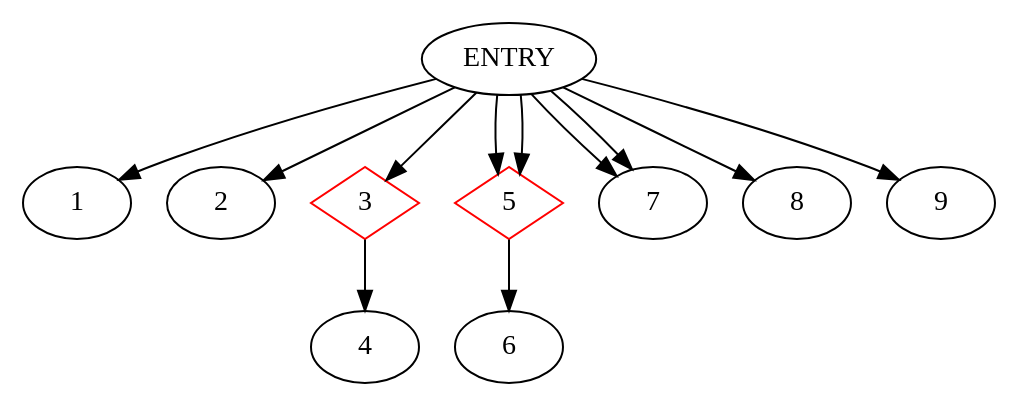
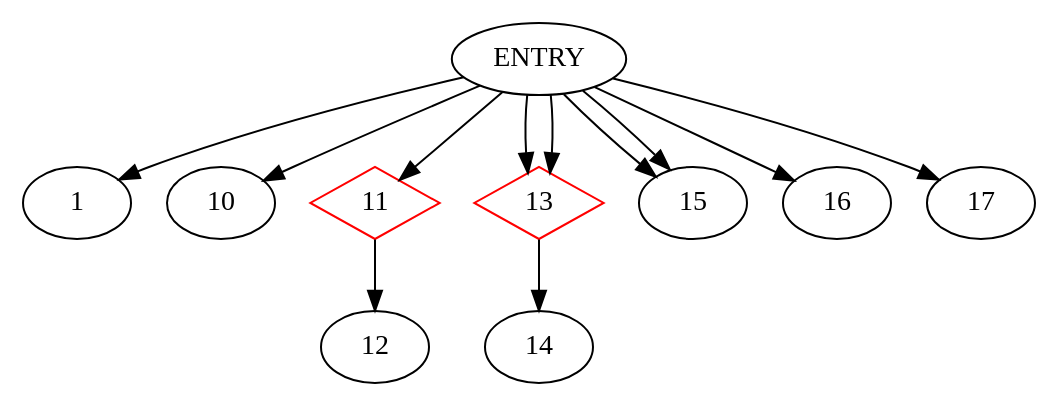
Before and after one commit to akshitij/TestgenRepo: the diagram in Testgen/CDG.dot, drawn with Graphviz. The commit also changed 28 other files, not shown here.

```diff
--- a/Testgen/CDG.dot
+++ b/Testgen/CDG.dot
@@ -1,16 +1,16 @@
 digraph CDG {
 ENTRY -> 1
-ENTRY -> 2
-3 [shape=diamond, color=red]
-ENTRY -> 3
-3-> 4
-5 [shape=diamond, color=red]
-ENTRY -> 5
-5 [shape=diamond, color=red]
-ENTRY -> 5
-5-> 6
-ENTRY -> 7
-ENTRY -> 7
-ENTRY -> 8
-ENTRY -> 9
+ENTRY -> 10
+11 [shape=diamond, color=red]
+ENTRY -> 11
+11-> 12
+13 [shape=diamond, color=red]
+ENTRY -> 13
+13 [shape=diamond, color=red]
+ENTRY -> 13
+13-> 14
+ENTRY -> 15
+ENTRY -> 15
+ENTRY -> 16
+ENTRY -> 17
 }
```
